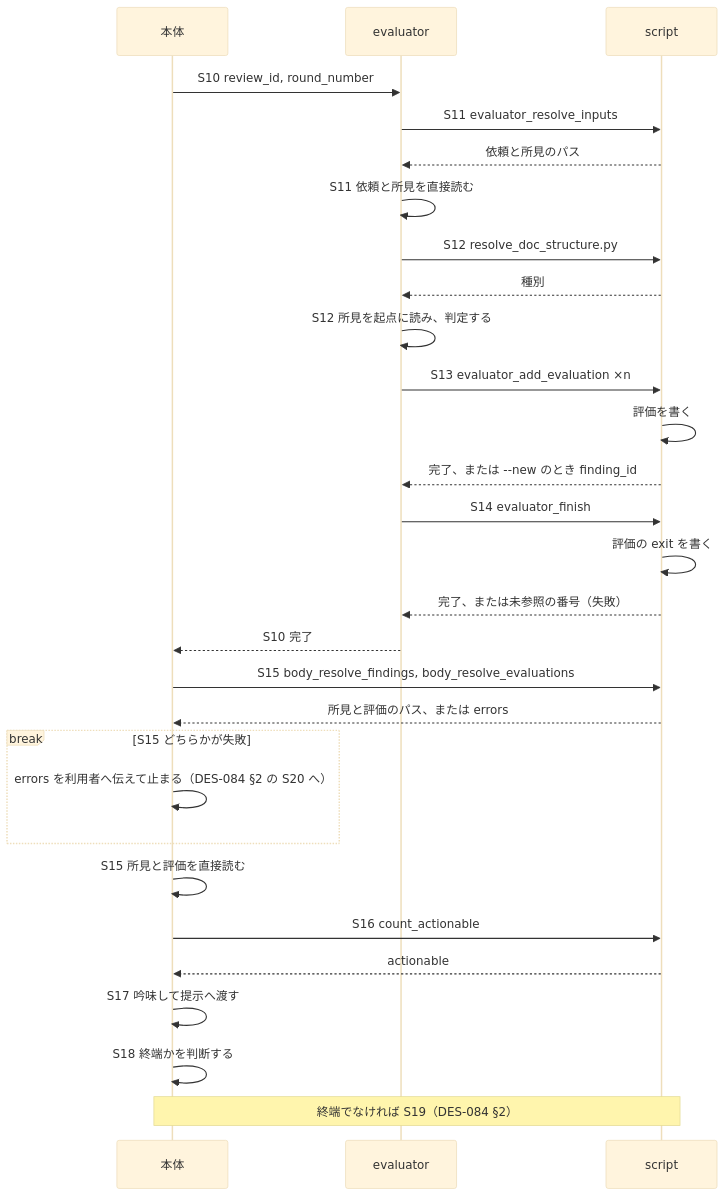
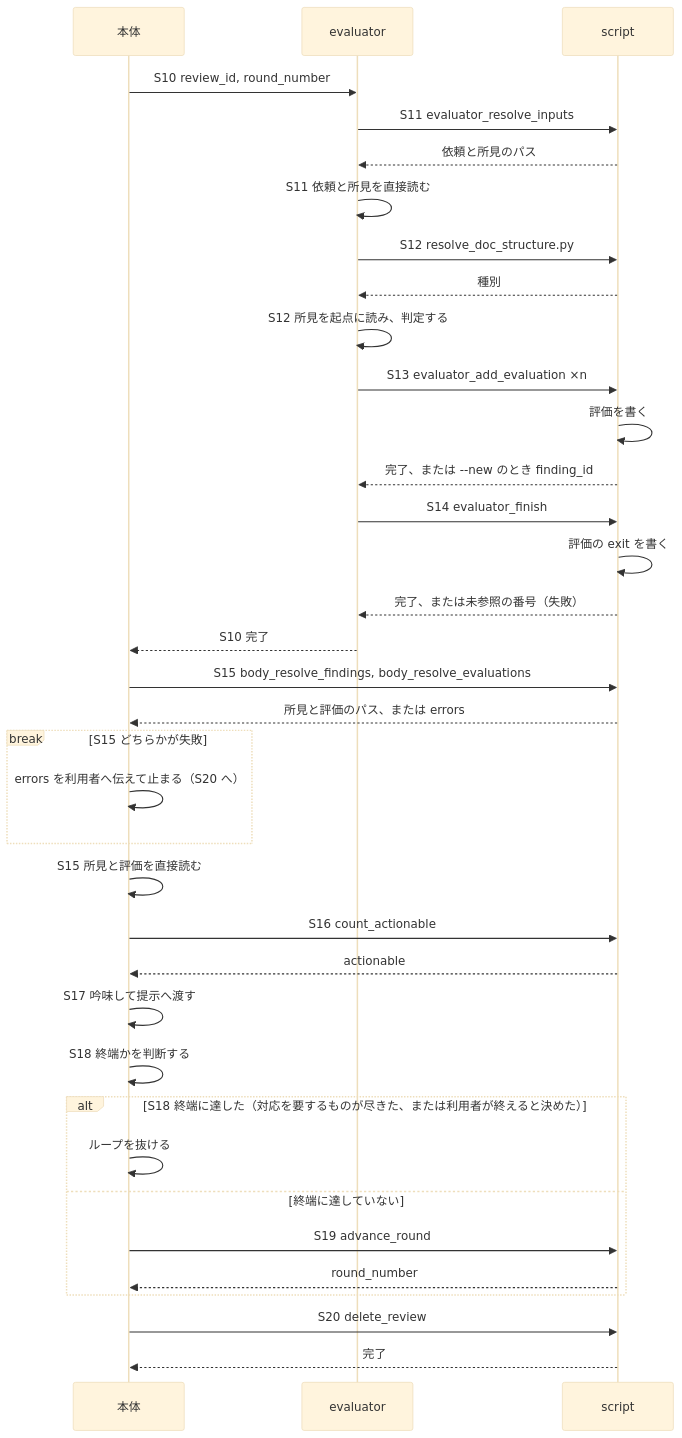
Before and after one commit to BlueEventHorizon/bw-cc-plugins: the first of 2 diagrams in docs/specs/review/design/DES-083_evaluator_perspective_design.md, drawn with Mermaid (base theme). The commit also changed other lines of this file and 2 other files, not shown here.

````diff
--- a/docs/specs/review/design/DES-083_evaluator_perspective_design.md
+++ b/docs/specs/review/design/DES-083_evaluator_perspective_design.md
@@ -38,32 +38,39 @@
 ```mermaid
 sequenceDiagram
     participant Body as 本体
     participant E as evaluator
     participant Sc as script
 
     Body->>E: S10 review_id, round_number
     E->>Sc: S11 evaluator_resolve_inputs
     Sc-->>E: 依頼と所見のパス
     E->>E: S11 依頼と所見を直接読む
     E->>Sc: S12 resolve_doc_structure.py
     Sc-->>E: 種別
     E->>E: S12 所見を起点に読み、判定する
     E->>Sc: S13 evaluator_add_evaluation ×n
     Sc->>Sc: 評価を書く
     Sc-->>E: 完了、または --new のとき finding_id
     E->>Sc: S14 evaluator_finish
     Sc->>Sc: 評価の exit を書く
     Sc-->>E: 完了、または未参照の番号（失敗）
     E-->>Body: S10 完了
     Body->>Sc: S15 body_resolve_findings, body_resolve_evaluations
     Sc-->>Body: 所見と評価のパス、または errors
     break S15 どちらかが失敗
-        Body->>Body: errors を利用者へ伝えて止まる（DES-084 §2 の S20 へ）
+        Body->>Body: errors を利用者へ伝えて止まる（S20 へ）
     end
     Body->>Body: S15 所見と評価を直接読む
     Body->>Sc: S16 count_actionable
     Sc-->>Body: actionable
     Body->>Body: S17 吟味して提示へ渡す
     Body->>Body: S18 終端かを判断する
-    Note over Body,Sc: 終端でなければ S19（DES-084 §2）
+    alt S18 終端に達した（対応を要するものが尽きた、または利用者が終えると決めた）
+        Body->>Body: ループを抜ける
+    else 終端に達していない
+        Body->>Sc: S19 advance_round
+        Sc-->>Body: round_number
+    end
+    Body->>Sc: S20 delete_review
+    Sc-->>Body: 完了
 ```
````
